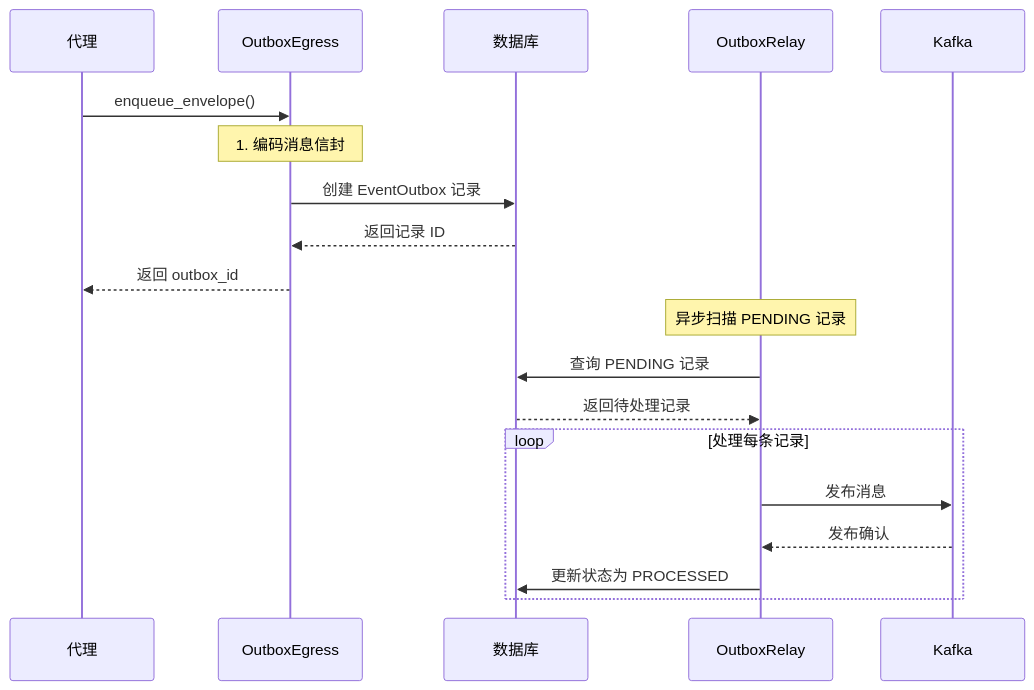
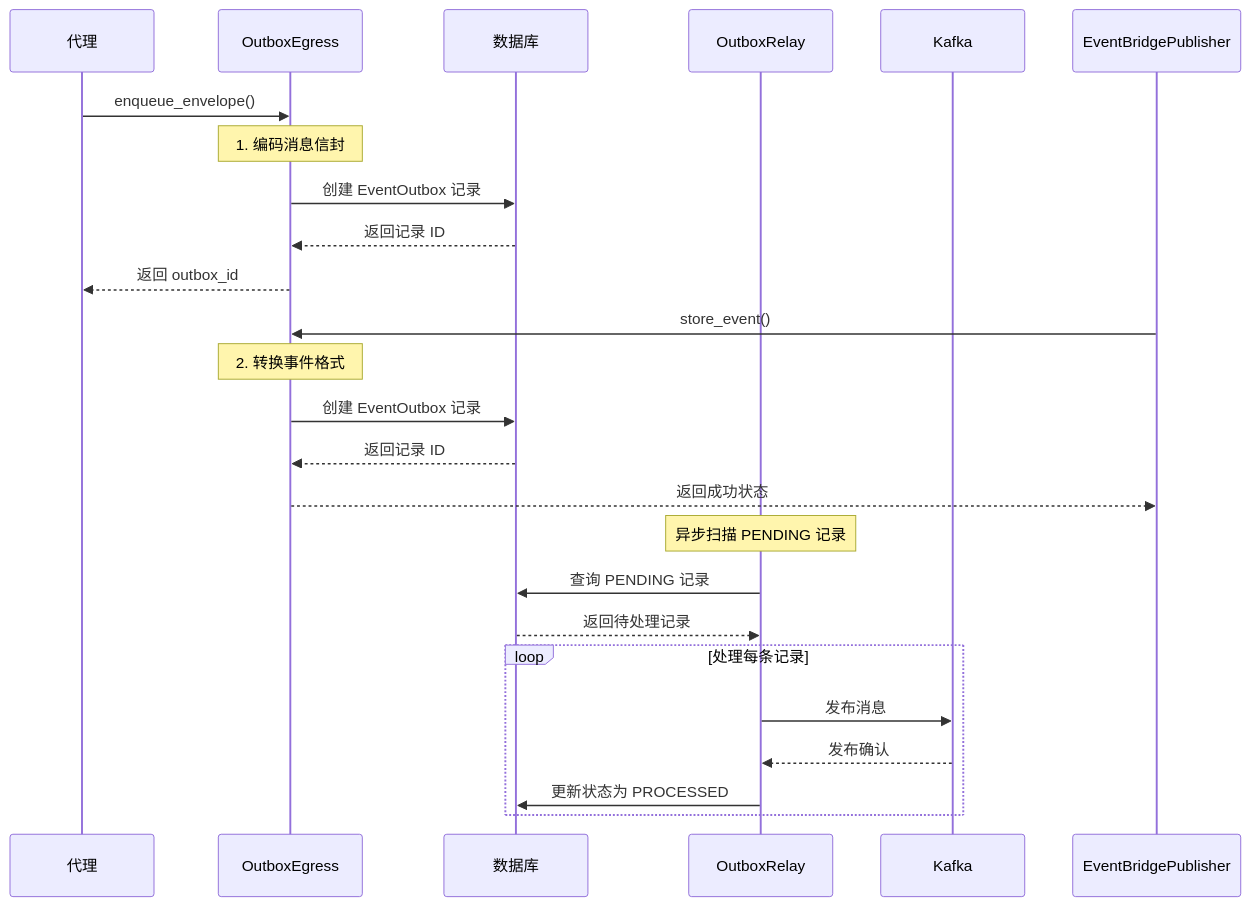
The third of 10 diagrams in apps/backend/src/services/outbox/README.md (zhiyue/infinite-scribe), drawn with Mermaid before and after one commit. The commit also changed other lines of this file, not shown here.

````diff
--- a/apps/backend/src/services/outbox/README.md
+++ b/apps/backend/src/services/outbox/README.md
@@ -108,24 +127,31 @@
 ```mermaid
 sequenceDiagram
     participant Agent as 代理
     participant OE as OutboxEgress
     participant DB as 数据库
     participant Relay as OutboxRelay
     participant Kafka as Kafka
+    participant EBP as EventBridgePublisher
     
     Agent->>OE: enqueue_envelope()
     Note over OE: 1. 编码消息信封
     OE->>DB: 创建 EventOutbox 记录
     DB-->>OE: 返回记录 ID
     OE-->>Agent: 返回 outbox_id
+    
+    EBP->>OE: store_event()
+    Note over OE: 2. 转换事件格式
+    OE->>DB: 创建 EventOutbox 记录
+    DB-->>OE: 返回记录 ID
+    OE-->>EBP: 返回成功状态
     
     Note over Relay: 异步扫描 PENDING 记录
     Relay->>DB: 查询 PENDING 记录
     DB-->>Relay: 返回待处理记录
     
     loop 处理每条记录
         Relay->>Kafka: 发布消息
         Kafka-->>Relay: 发布确认
         Relay->>DB: 更新状态为 PROCESSED
     end
 ```
````
